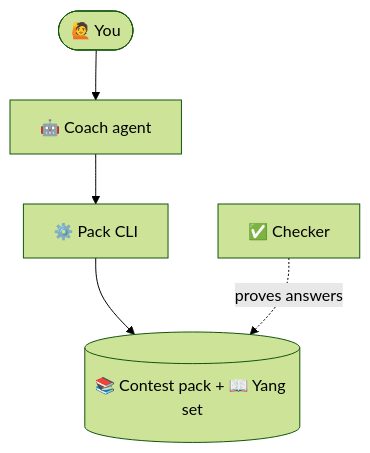
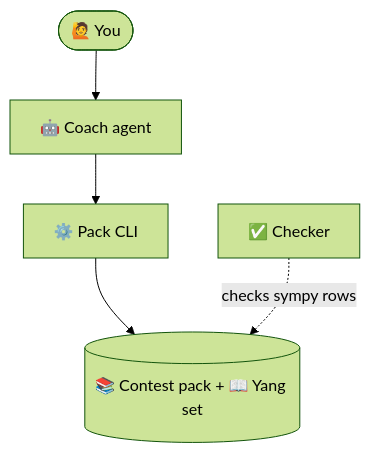
Before and after one commit to jerome-queck/integration-bee: the diagram in README.md, drawn with Mermaid (forest theme). The commit also changed other lines of this file and 6 other files, not shown here.

````diff
--- a/README.md
+++ b/README.md
@@ -20,7 +20,7 @@
 ```mermaid
 flowchart TD
     You([🙋 You]) --> Coach[🤖 Coach agent]
     Coach --> CLI[⚙️ Pack CLI]
     CLI --> Problems[(📚 Contest pack + 📖 Yang set)]
-    Checker[✅ Checker] -. proves answers .-> Problems
+    Checker[✅ Checker] -. checks sympy rows .-> Problems
 ```
````
